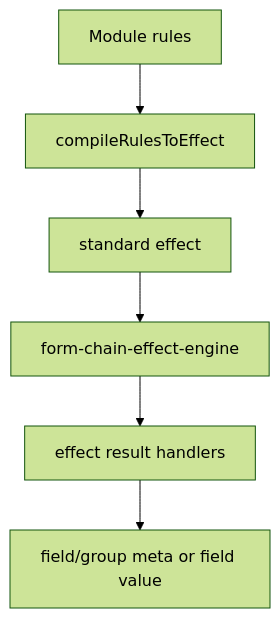
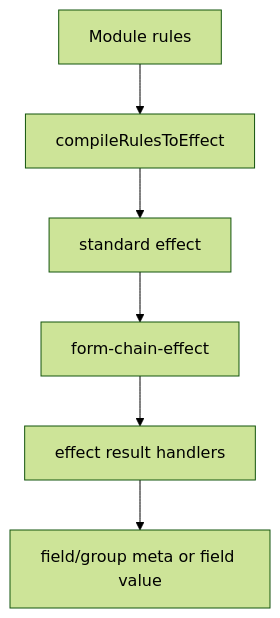
The diagram in apps/docs-site/i18n/en/docusaurus-plugin-content-docs/current/rule-engine.md (whynotsnow/dynamic-form), drawn with Mermaid (forest theme) before and after one commit. The commit also changed other lines of this file and 12 other files, not shown here.

Commit message:
docs: update form chain effect references

````diff
--- a/apps/docs-site/i18n/en/docusaurus-plugin-content-docs/current/rule-engine.md
+++ b/apps/docs-site/i18n/en/docusaurus-plugin-content-docs/current/rule-engine.md
@@ -7,8 +7,8 @@
 ```mermaid
 flowchart TD
   rules["Module rules"] --> compiler["compileRulesToEffect"]
   compiler --> effect["standard effect"]
-  effect --> engine["form-chain-effect-engine"]
+  effect --> engine["form-chain-effect"]
   engine --> handlers["effect result handlers"]
   handlers --> output["field/group meta or field value"]
 ```
````
